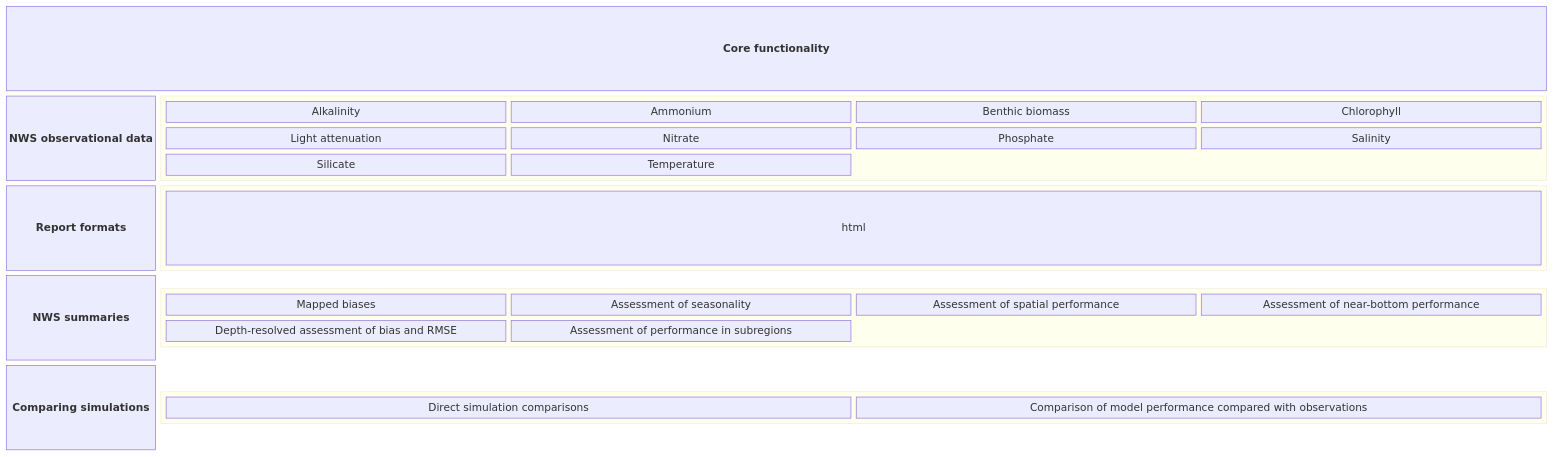
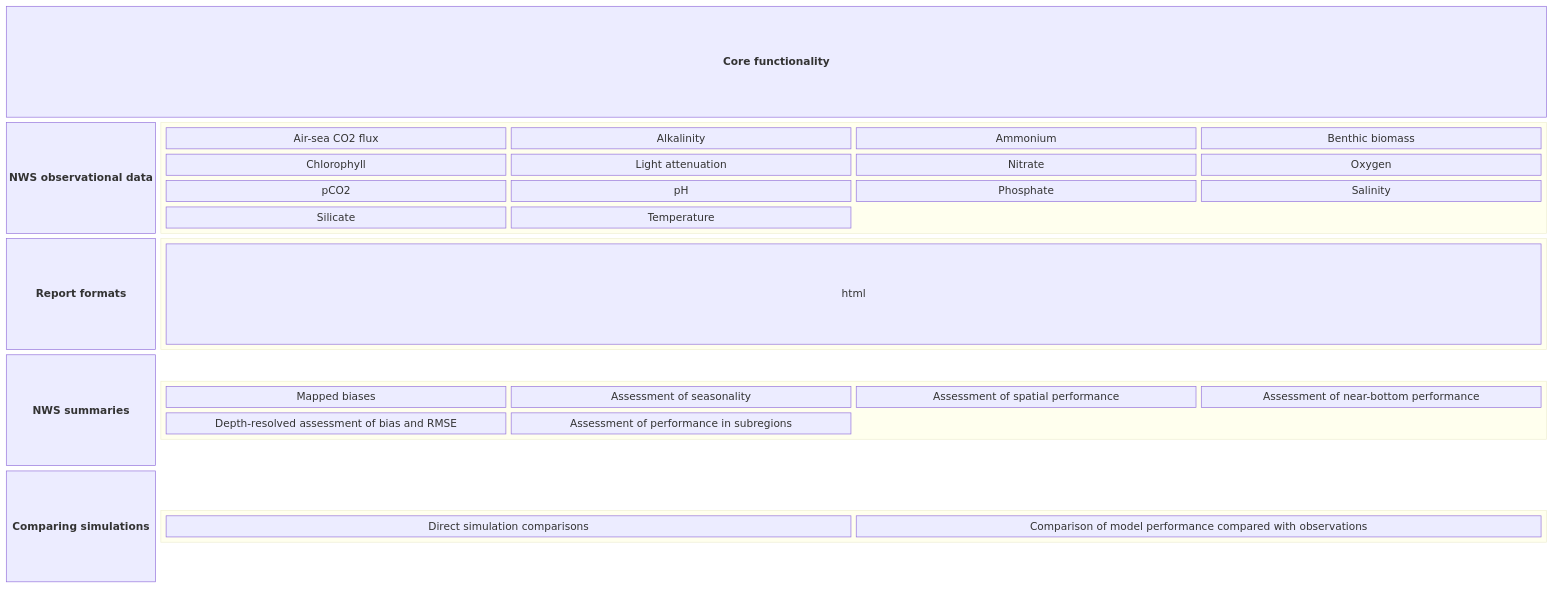
The diagram in README.md (pmlmodelling/oceanVal), drawn with Mermaid before and after one commit.

Commit message:
add co2 flux

````diff
--- a/README.md
+++ b/README.md
@@ -18,28 +18,28 @@
 ```mermaid 
 
 
 block-beta
   columns 10 
   a["<b>Core functionality"]:10
   b["<b>NWS observational data"]
   block:group2:9
     columns 4 
-    c["Alkalinity"] d["Ammonium"] e["Benthic biomass"] f["Chlorophyll"] g["Light attenuation"]  h["Nitrate"] i["Oxygen"] i["Phosphate"] j["Salinity"] k["Silicate"] l["Temperature"] 
+    c["Air-sea CO2 flux"] d["Alkalinity"] e["Ammonium"] f["Benthic biomass"] g["Chlorophyll"] h["Light attenuation"]  i["Nitrate"] j["Oxygen"] k["pCO2"] l["pH"] m["Phosphate"] n["Salinity"] o["Silicate"] p["Temperature"] 
   end
    ae["<b>Report formats"]
     block:group4:9
     columns 1
     af["html"]
    end
    al["<b>NWS summaries"]
     block:group6:9
     columns 4
     am["Mapped biases"] an["Assessment of seasonality"] ao["Assessment of spatial performance"] ap["Assessment of near-bottom performance"] aq["Depth-resolved assessment of bias and RMSE"] ar["Assessment of performance in subregions"]
    end
    as["<b>Comparing simulations"]
     block:group7:9
     columns 4
     at["Direct simulation comparisons"] au["Comparison of model performance compared with observations"] 
    end
 
 ```
````
